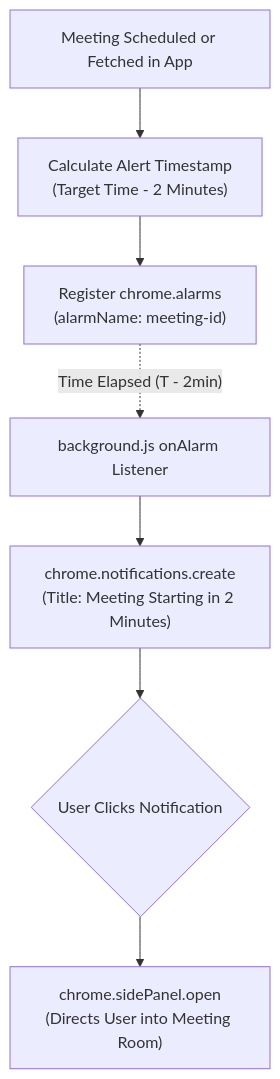
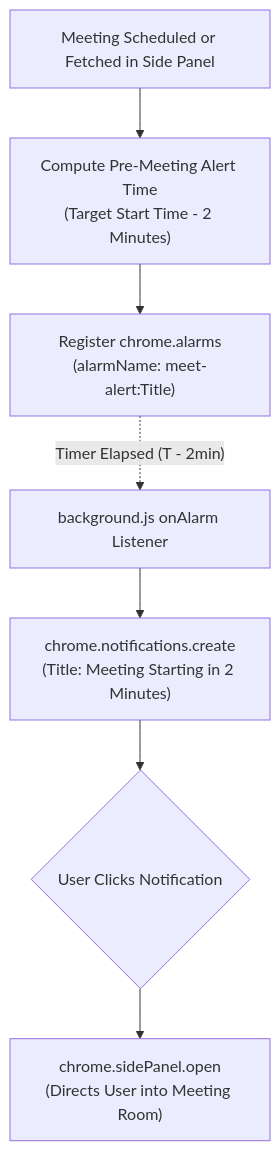
One commit to itssagarK/meetManager changed the seventh of 10 diagrams in PROJECT_DOCUMENTATION.md. Above: the diagram before and after it, drawn with Mermaid. The commit also changed other lines of this file and 3 other files, not shown here.

````diff
--- a/PROJECT_DOCUMENTATION.md
+++ b/PROJECT_DOCUMENTATION.md
@@ -493,13 +484,13 @@
 ```mermaid
 flowchart TD
-    MeetingScheduled["Meeting Scheduled or Fetched in App"] --> CalcTime["Calculate Alert Timestamp\n(Target Time - 2 Minutes)"]
-    
-    CalcTime --> ChromeAlarm["Register chrome.alarms\n(alarmName: meeting-id)"]
-    
-    ChromeAlarm -. "Time Elapsed (T - 2min)" .-> AlarmTrigger["background.js onAlarm Listener"]
-    
-    AlarmTrigger --> DesktopNotify["chrome.notifications.create\n(Title: Meeting Starting in 2 Minutes)"]
-    
-    DesktopNotify --> UserClick{"User Clicks Notification"}
-    UserClick --> OpenSidePanel["chrome.sidePanel.open\n(Directs User into Meeting Room)"]
+    AppLaunch["Meeting Scheduled or Fetched in Side Panel"] --> CalculateDelta["Compute Pre-Meeting Alert Time\n(Target Start Time - 2 Minutes)"]
+
+    CalculateDelta --> RegisterAlarm["Register chrome.alarms\n(alarmName: meet-alert:Title)"]
+
+    RegisterAlarm -. "Timer Elapsed (T - 2min)" .-> BackgroundWorker["background.js onAlarm Listener"]
+
+    BackgroundWorker --> TriggerNotification["chrome.notifications.create\n(Title: Meeting Starting in 2 Minutes)"]
+
+    TriggerNotification --> UserClicks{"User Clicks Notification"}
+    UserClicks --> FocusSidePanel["chrome.sidePanel.open\n(Directs User into Meeting Room)"]
 ```
````
